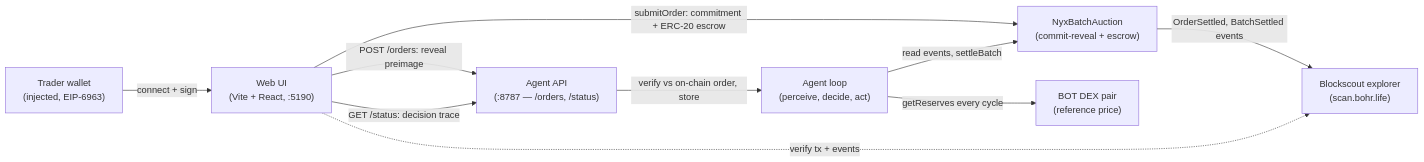
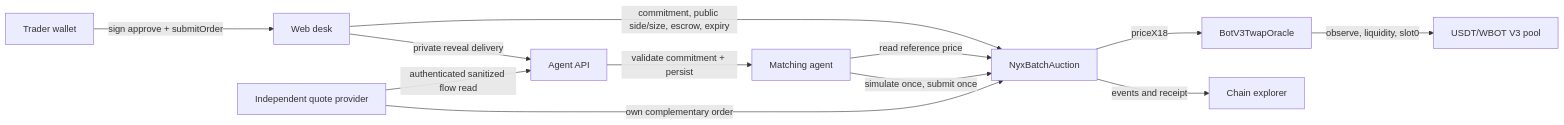
The first of 5 diagrams in docs/ARCHITECTURE.md (Timidan/nyx), drawn with Mermaid before and after one commit. The commit also changed other lines of this file and 8 other files, not shown here.

````diff
--- a/docs/ARCHITECTURE.md
+++ b/docs/ARCHITECTURE.md
@@ -12,20 +9,24 @@
 ```mermaid
 flowchart LR
-  trader["Trader wallet<br/>(injected, EIP-6963)"]
-  web["Web UI<br/>(Vite + React, :5190)"]
-  auction["NyxBatchAuction<br/>(commit-reveal + escrow)"]
-  api["Agent API<br/>(:8787 — /orders, /status)"]
-  loop["Agent loop<br/>(perceive, decide, act)"]
-  dex["BOT DEX pair<br/>(reference price)"]
-  explorer["Blockscout explorer<br/>(scan.bohr.life)"]
+  wallet[Trader wallet]
+  web[Web desk]
+  auction[NyxBatchAuction]
+  api[Agent API]
+  loop[Matching agent]
+  oracle[BotV3TwapOracle]
+  pool[USDT/WBOT V3 pool]
+  qp[Independent quote provider]
+  explorer[Chain explorer]
 
-  trader -->|"connect + sign"| web
-  web -->|"submitOrder: commitment + ERC-20 escrow"| auction
-  web -->|"POST /orders: reveal preimage"| api
-  api -->|"verify vs on-chain order, store"| loop
-  loop -->|"getReserves every cycle"| dex
-  loop -->|"read events, settleBatch"| auction
-  auction -->|"OrderSettled, BatchSettled events"| explorer
-  web -->|"GET /status: decision trace"| api
-  web -.->|"verify tx + events"| explorer
+  wallet -->|sign approve + submitOrder| web
+  web -->|commitment, public side/size, escrow, expiry| auction
+  web -->|private reveal delivery| api
+  api -->|validate commitment + persist| loop
+  loop -->|read reference price| auction
+  auction -->|priceX18| oracle
+  oracle -->|observe, liquidity, slot0| pool
+  loop -->|simulate once, submit once| auction
+  auction -->|events and receipt| explorer
+  qp -->|authenticated sanitized flow read| api
+  qp -->|own complementary order| auction
 ```
````
